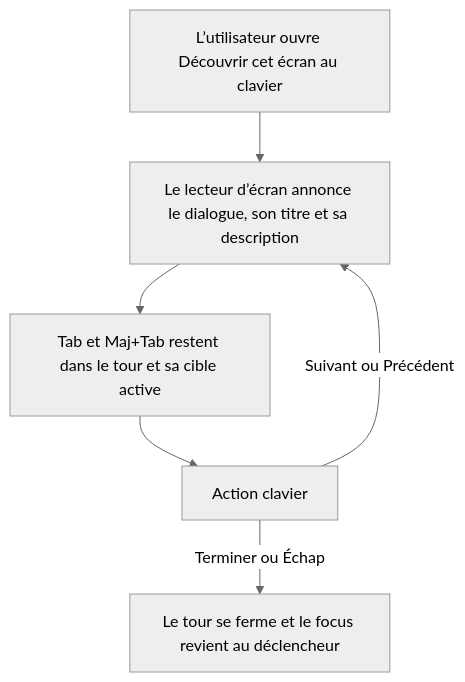
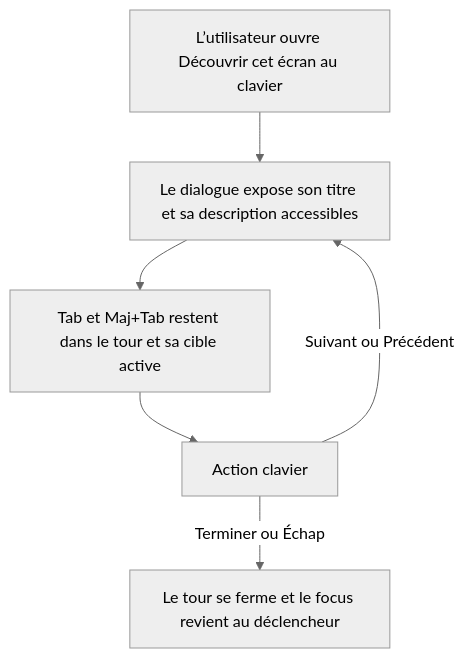
The diagram in aidd_docs/tasks/2026_07/2026_07_28_driver-js-1-8-accessibility/phase-2.md (neogenz/pulpe), drawn with Mermaid (neutral theme) before and after one commit. The commit also changed other lines of this file and 6 other files, not shown here.

````diff
--- a/aidd_docs/tasks/2026_07/2026_07_28_driver-js-1-8-accessibility/phase-2.md
+++ b/aidd_docs/tasks/2026_07/2026_07_28_driver-js-1-8-accessibility/phase-2.md
@@ -22,8 +33,8 @@
 ```mermaid
 flowchart TD
-  A["L’utilisateur ouvre Découvrir cet écran au clavier"] --> B["Le lecteur d’écran annonce le dialogue, son titre et sa description"]
+  A["L’utilisateur ouvre Découvrir cet écran au clavier"] --> B["Le dialogue expose son titre et sa description accessibles"]
   B --> C["Tab et Maj+Tab restent dans le tour et sa cible active"]
   C --> D["Action clavier"]
   D -->|"Suivant ou Précédent"| B
   D -->|"Terminer ou Échap"| E["Le tour se ferme et le focus revient au déclencheur"]
 ```
````
